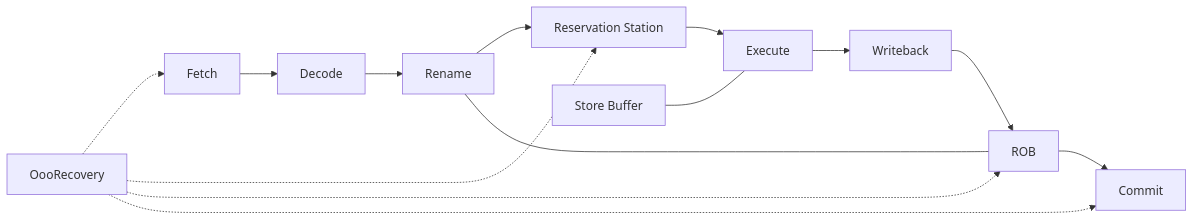
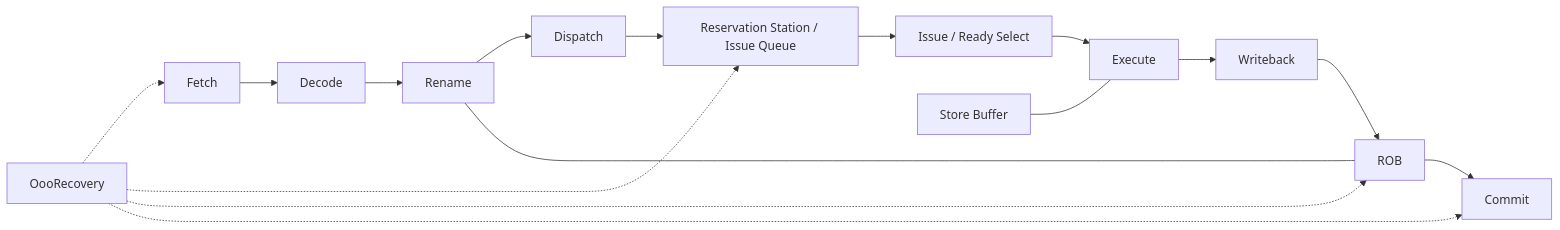
One commit to jensen-yan/risc-v-simulator changed the third of 4 diagrams in ARCHITECTURE.md. Above: the diagram before and after it, drawn with Mermaid. The commit also changed other lines of this file and 32 other files, not shown here.

First line of the commit message:
refactor: 对齐 OOO 后端 dispatch/issue 命名

````diff
--- a/ARCHITECTURE.md
+++ b/ARCHITECTURE.md
@@ -93,16 +93,18 @@
 ```mermaid
 flowchart LR
   f["Fetch"] --> d["Decode"]
   d --> r["Rename"]
-  r --> rs["Reservation Station"]
-  rs --> e["Execute"]
+  r --> dis["Dispatch"]
+  dis --> rs["Reservation Station / Issue Queue"]
+  rs --> iss["Issue / Ready Select"]
+  iss --> e["Execute"]
   e --> w["Writeback"]
   w --> rob["ROB"]
   rob --> c["Commit"]
   rec["OooRecovery"] -.-> f
   rec -.-> rs
   rec -.-> rob
   rec -.-> c
   sb["Store Buffer"] --- e
   rob --- r
 ```
````
